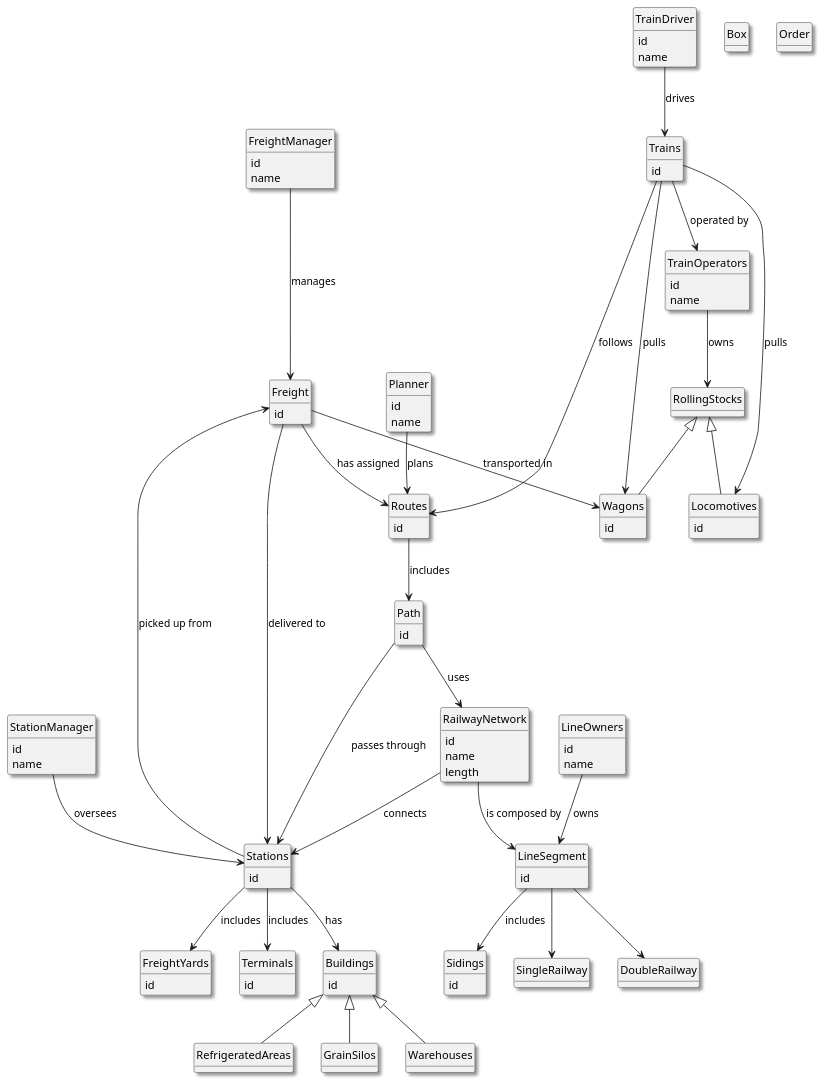
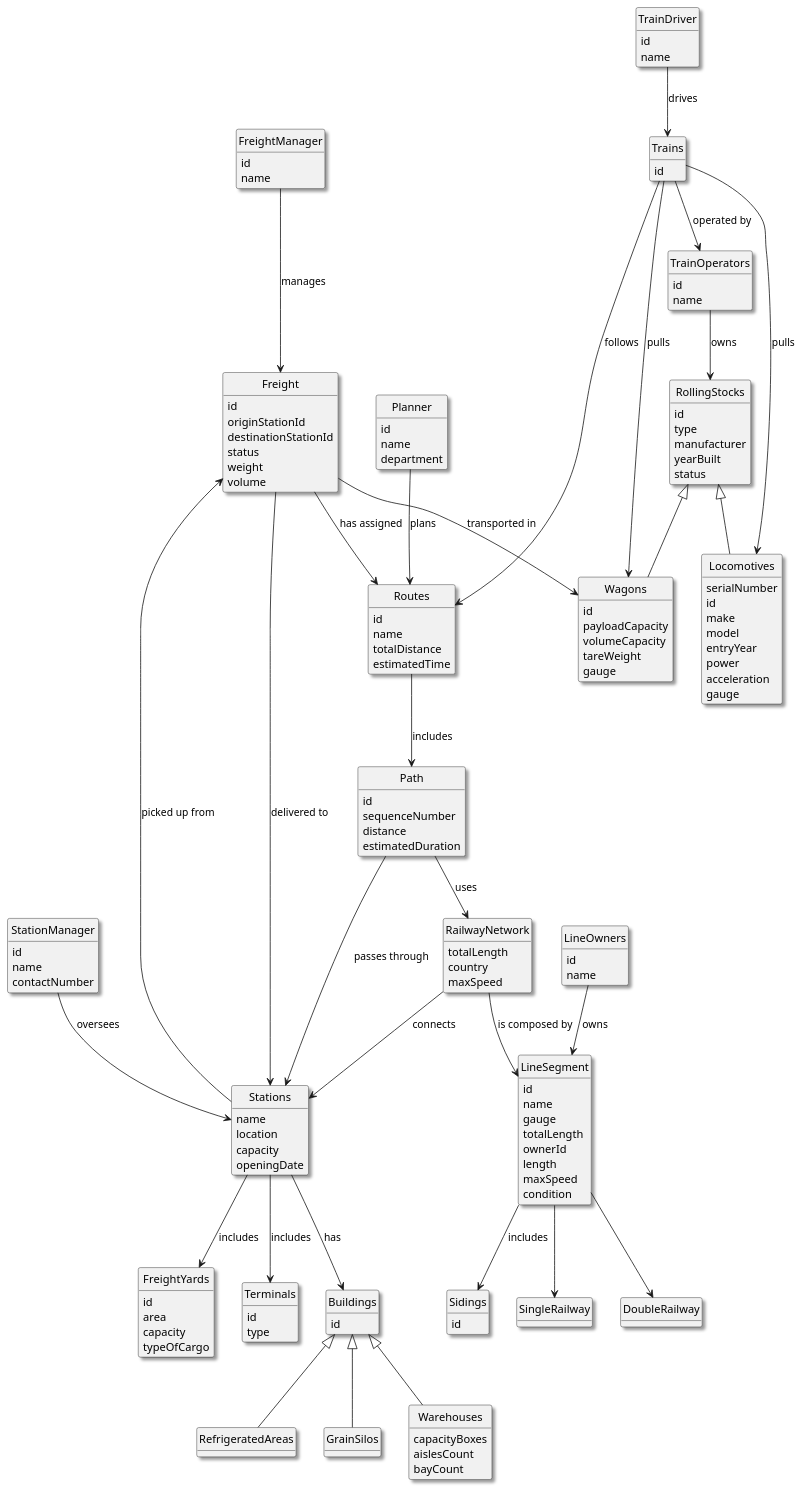
One commit to Departamento-de-Engenharia-Informatica/sem3-pi-25-26-g023-repo changed the diagram in src/doc/LAPR3/USLP01/domain model.puml. Above: the diagram before and after it, drawn with PlantUML. The commit also changed 3 other files, not shown here.

```diff
--- a/src/doc/LAPR3/USLP01/domain model.puml
+++ b/src/doc/LAPR3/USLP01/domain model.puml
@@ -55,9 +55,9 @@
 Freight --> Routes : has assigned
 
 class RailwayNetwork{
-id
-name
-length
+totalLength
+country
+maxSpeed
 }
 
 class TrainOperators{
@@ -66,37 +66,69 @@
 }
 
 class RollingStocks{
+id
+type
+manufacturer
+yearBuilt
+status
 }
 class Trains{
 id
 }
 class Locomotives{
+serialNumber
 id
+make
+model
+entryYear
+type (“diesel”, “electric”)
+power
+acceleration
+fuelCapacity (nullable)
+gauge
 }
 class Wagons{
 id
+type (“boxcar”, “tank”, “flat”, “hopper”, “refrigerated”)
+payloadCapacity
+volumeCapacity
+tareWeight
+gauge
 }
 class Freight{
 id
+originStationId
+destinationStationId
+status
+weight
+volume
 }
 
 class LineSegment{
 id
+name
+gauge
+isElectrified (boolean)
+totalLength
+ownerId
+length
+maxSpeed
+condition
 }
-
-class Box{
-}
-class Order{
-}
-
 
 
 
 class Routes{
 id
+name
+totalDistance
+estimatedTime
 }
 class Path{
 id
+sequenceNumber
+distance
+estimatedDuration
 }
 
 class SingleRailway{
@@ -107,17 +139,26 @@
 
 
 class Stations{
-id
+name
+location
+capacity
+openingDate
 }
 class Buildings{
 id
 }
 class Terminals{
 id
+type
+}
+class Trains{
+
 }
 
-
 class Warehouses{
+capacityBoxes
+aislesCount
+bayCount
 }
 class RefrigeratedAreas{
 }
@@ -127,6 +168,7 @@
 class Planner{
 id
 name
+department
 }
 class TrainDriver{
 id
@@ -139,6 +181,7 @@
 class StationManager{
 id
 name
+contactNumber
 }
 
 class LineOwners{
@@ -148,6 +191,9 @@
 
 class FreightYards{
 id
+area
+capacity
+typeOfCargo
 }
 class Sidings{
 id
```
